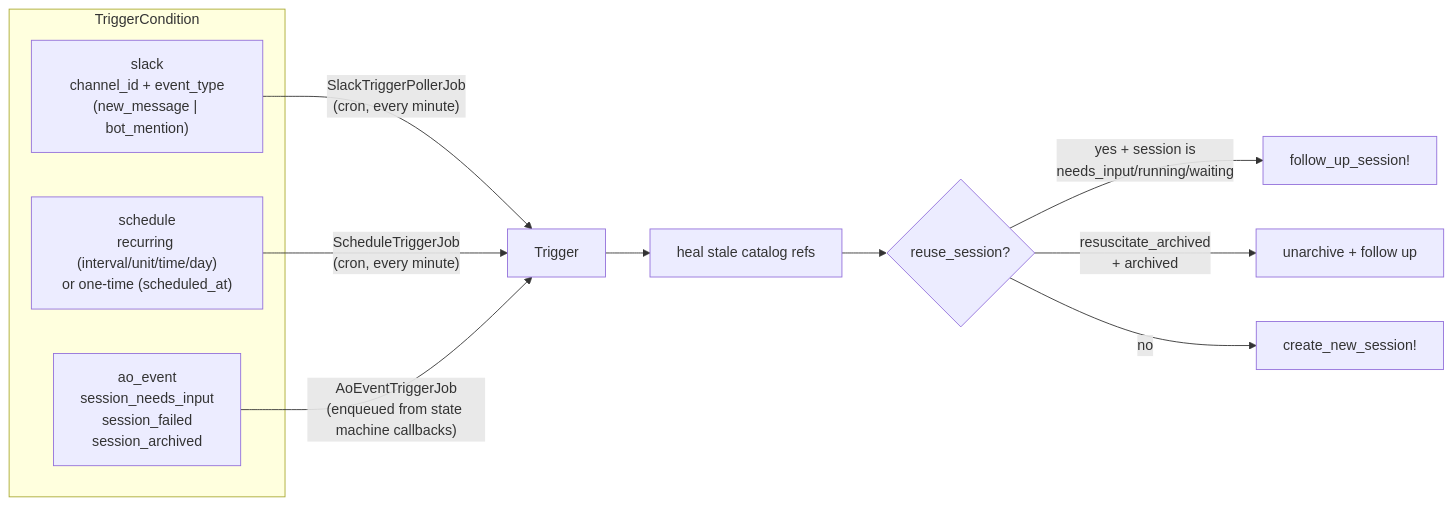
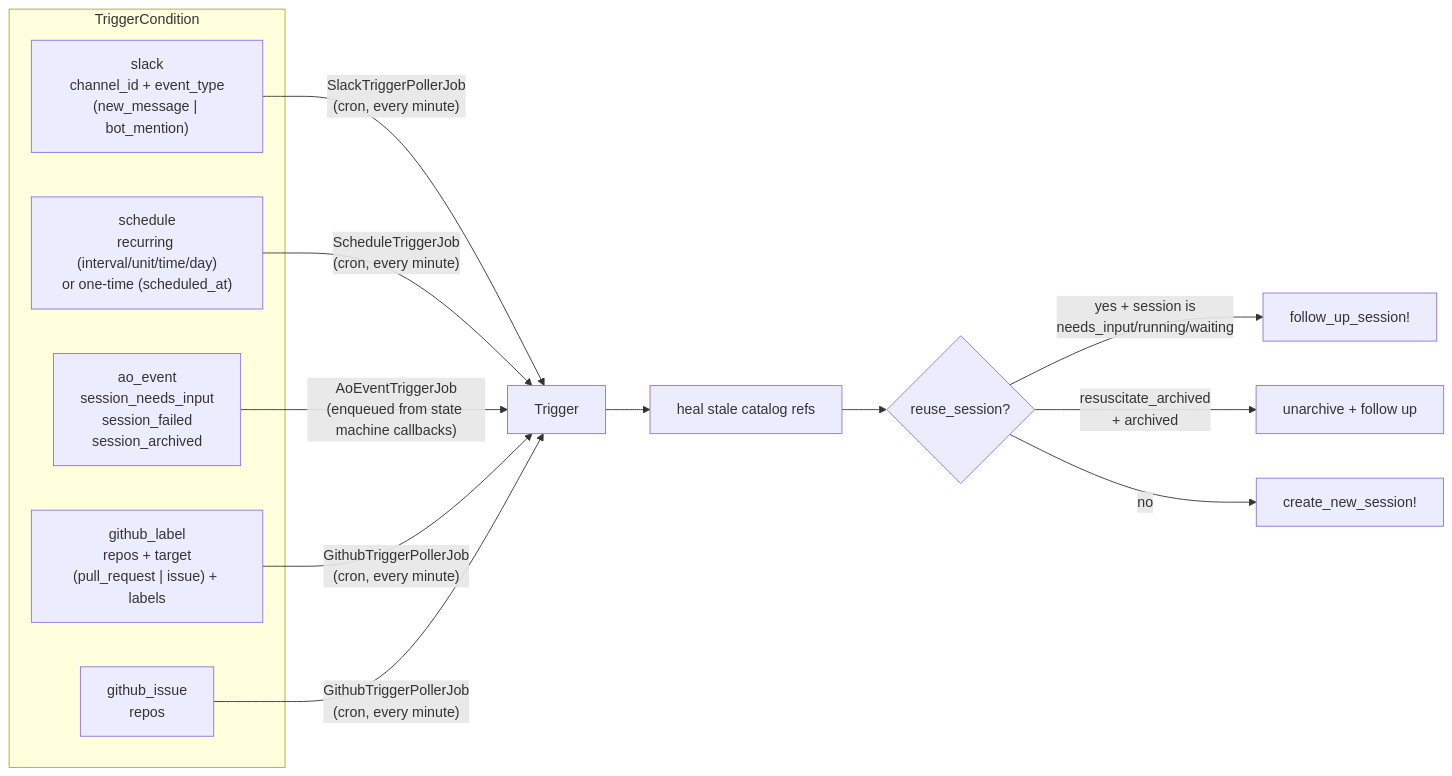
The diagram in docs/src/content/docs/sessions/triggers.md (tadasant/zimmer), drawn with Mermaid before and after one commit. The commit also changed other lines of this file and 18 other files, not shown here.

First line of the commit message:
feat(triggers): fire triggers on GitHub label-added and new-issue events

````diff
--- a/docs/src/content/docs/sessions/triggers.md
+++ b/docs/src/content/docs/sessions/triggers.md
@@ -15,18 +15,22 @@
 ```mermaid
 flowchart LR
     subgraph conditions["TriggerCondition"]
         SL["slack<br/>channel_id + event_type<br/>(new_message | bot_mention)"]
         SC["schedule<br/>recurring (interval/unit/time/day)<br/>or one-time (scheduled_at)"]
         AO["ao_event<br/>session_needs_input<br/>session_failed<br/>session_archived"]
+        GL["github_label<br/>repos + target<br/>(pull_request | issue) + labels"]
+        GI["github_issue<br/>repos"]
     end
 
     SL -->|"SlackTriggerPollerJob<br/>(cron, every minute)"| T["Trigger"]
     SC -->|"ScheduleTriggerJob<br/>(cron, every minute)"| T
     AO -->|"AoEventTriggerJob<br/>(enqueued from state machine callbacks)"| T
+    GL -->|"GithubTriggerPollerJob<br/>(cron, every minute)"| T
+    GI -->|"GithubTriggerPollerJob<br/>(cron, every minute)"| T
 
     T --> H["heal stale catalog refs"]
     H --> D{"reuse_session?"}
     D -->|"yes + session is<br/>needs_input/running/waiting"| FU["follow_up_session!"]
     D -->|"resuscitate_archived<br/>+ archived"| RS["unarchive + follow up"]
     D -->|no| NEW["create_new_session!"]
 ```
````
